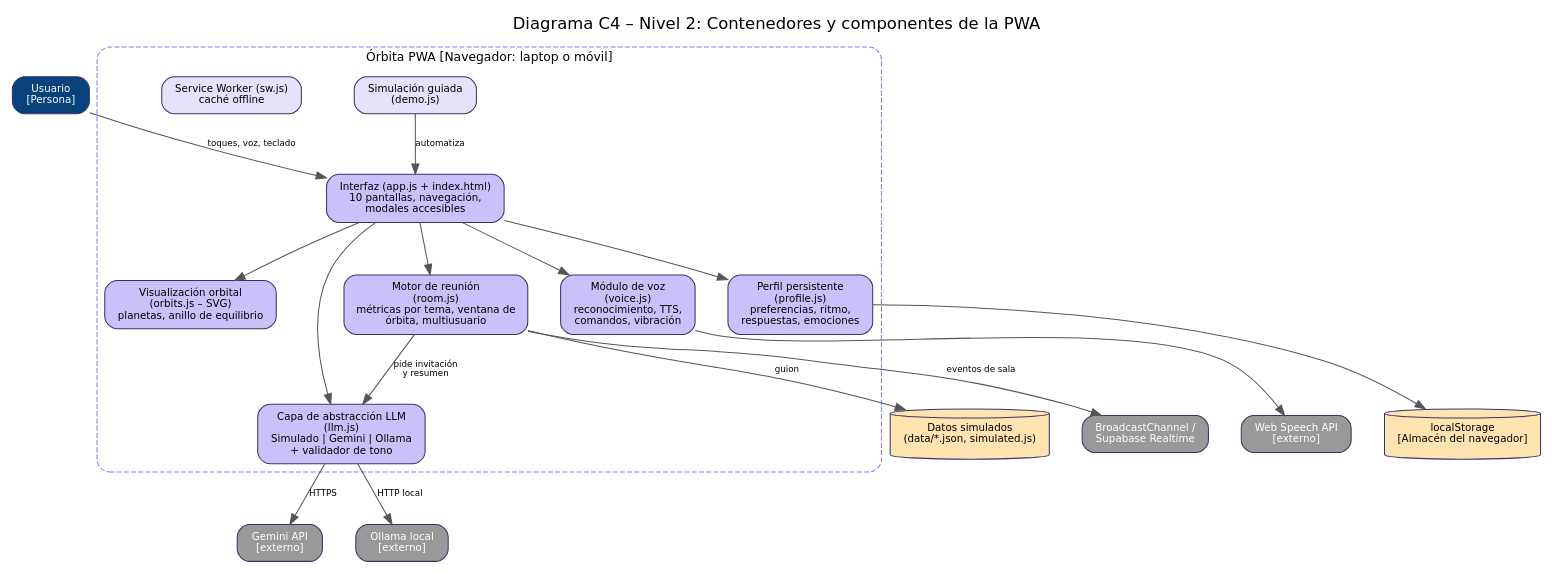
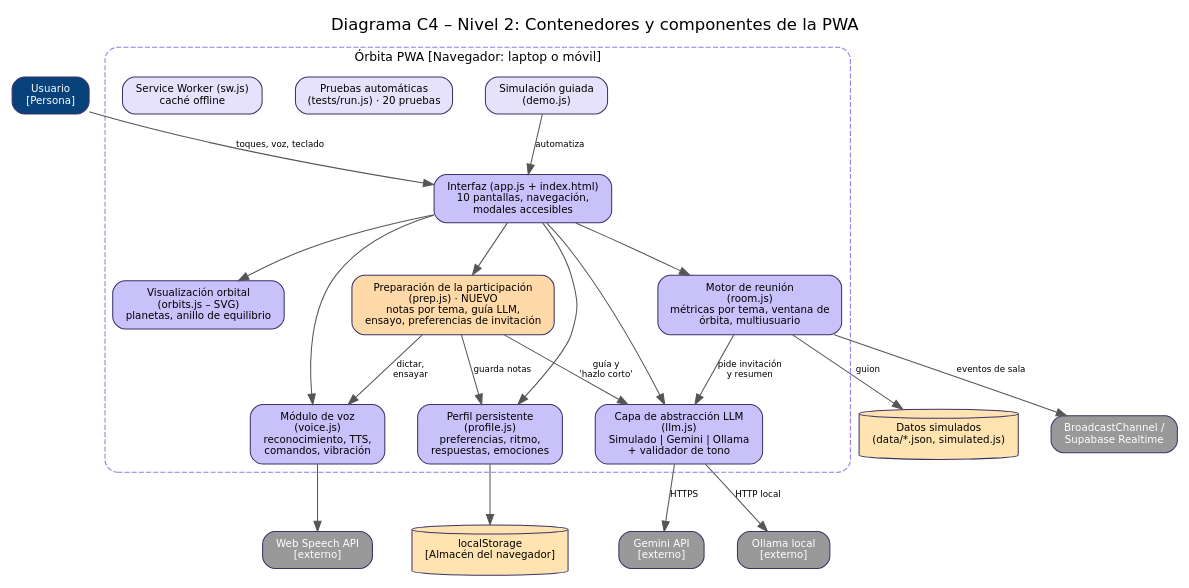
Before and after one commit to CC451-Orbita/Orbita-pwa: the diagram in docs/diagramas/c4-contenedores.dot, drawn with Graphviz. The commit also changed 57 other files, not shown here.

```diff
--- a/docs/diagramas/c4-contenedores.dot
+++ b/docs/diagramas/c4-contenedores.dot
@@ -1,30 +1,33 @@
 digraph G {
   graph [rankdir=TB, fontname="DejaVu Sans", nodesep=0.45, ranksep=0.7, bgcolor="white", label="Diagrama C4 – Nivel 2: Contenedores y componentes de la PWA", labelloc=t, fontsize=16, compound=true];
   node [shape=box, style="rounded,filled", fontname="DejaVu Sans", fontsize=10, color="#3A3366", margin="0.2,0.1"];
   edge [fontname="DejaVu Sans", fontsize=8.5, color="#555555"];
   u [label="Usuario\n[Persona]", fillcolor="#08427B", fontcolor=white];
   subgraph cluster_pwa {
     label="Órbita PWA [Navegador: laptop o móvil]"; fontname="DejaVu Sans"; fontsize=12; style="dashed,rounded"; color="#8C7CF0";
     ui [label="Interfaz (app.js + index.html)\n10 pantallas, navegación,\nmodales accesibles", fillcolor="#C9C1FA"];
     orb [label="Visualización orbital\n(orbits.js – SVG)\nplanetas, anillo de equilibrio", fillcolor="#C9C1FA"];
     sala [label="Motor de reunión\n(room.js)\nmétricas por tema, ventana de\nórbita, multiusuario", fillcolor="#C9C1FA"];
     voz [label="Módulo de voz\n(voice.js)\nreconocimiento, TTS,\ncomandos, vibración", fillcolor="#C9C1FA"];
     llm [label="Capa de abstracción LLM\n(llm.js)\nSimulado | Gemini | Ollama\n+ validador de tono", fillcolor="#C9C1FA"];
     perf [label="Perfil persistente\n(profile.js)\npreferencias, ritmo,\nrespuestas, emociones", fillcolor="#C9C1FA"];
+    prep [label="Preparación de la participación\n(prep.js) · NUEVO\nnotas por tema, guía LLM,\nensayo, preferencias de invitación", fillcolor="#FFD9A8"];
     demo [label="Simulación guiada\n(demo.js)", fillcolor="#E6E2FC"];
+    tests [label="Pruebas automáticas\n(tests/run.js) · 20 pruebas", fillcolor="#E6E2FC"];
     sw [label="Service Worker (sw.js)\ncaché offline", fillcolor="#E6E2FC"];
   }
   ls [label="localStorage\n[Almacén del navegador]", shape=cylinder, fillcolor="#FFE3B0"];
   data [label="Datos simulados\n(data/*.json, simulated.js)", shape=cylinder, fillcolor="#FFE3B0"];
   g [label="Gemini API\n[externo]", fillcolor="#999999", fontcolor=white];
   ol [label="Ollama local\n[externo]", fillcolor="#999999", fontcolor=white];
   ws [label="Web Speech API\n[externo]", fillcolor="#999999", fontcolor=white];
   bc [label="BroadcastChannel /\nSupabase Realtime", fillcolor="#999999", fontcolor=white];
   u -> ui [label="toques, voz, teclado"];
-  ui -> orb; ui -> sala; ui -> voz; ui -> perf; demo -> ui [label="automatiza"];
+  ui -> orb; ui -> sala; ui -> voz; ui -> perf; ui -> prep; demo -> ui [label="automatiza"];
+  prep -> llm [label="guía y\n'hazlo corto'"]; prep -> voz [label="dictar,\nensayar"]; prep -> perf [label="guarda notas"];
   sala -> llm [label="pide invitación\ny resumen"];
   ui -> llm;
   llm -> g [label="HTTPS"]; llm -> ol [label="HTTP local"];
   voz -> ws; sala -> bc [label="eventos de sala"];
   perf -> ls; sala -> data [label="guion"];
 }
```
